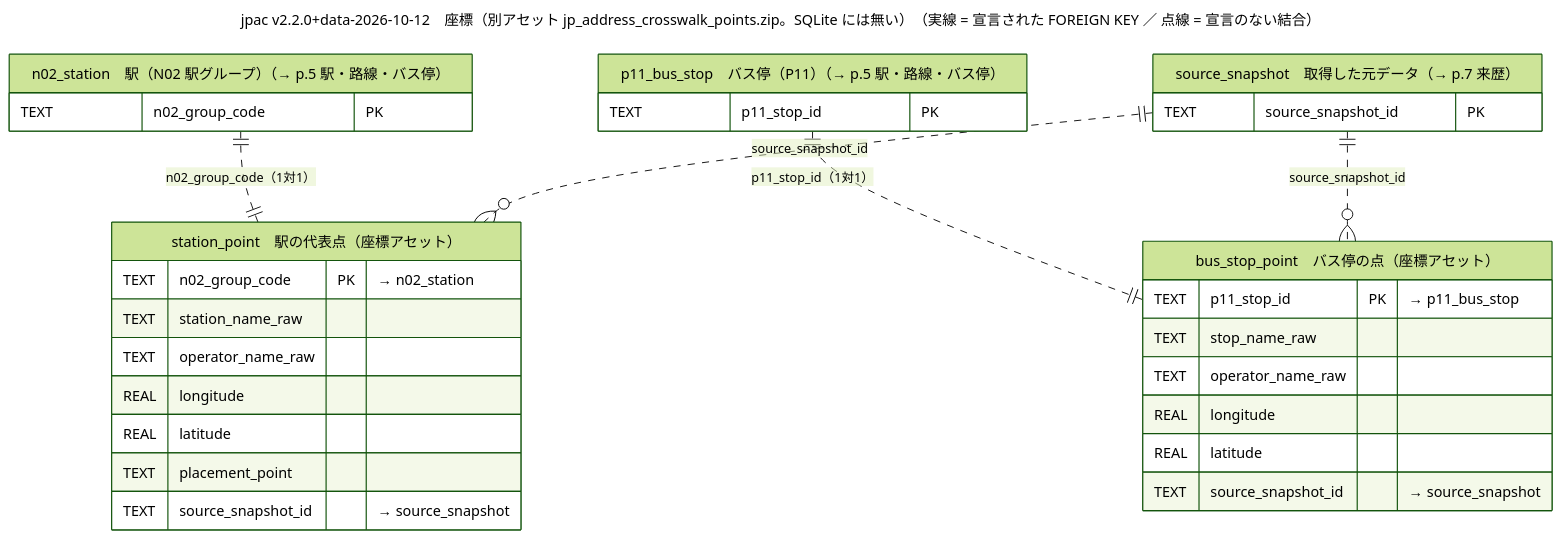
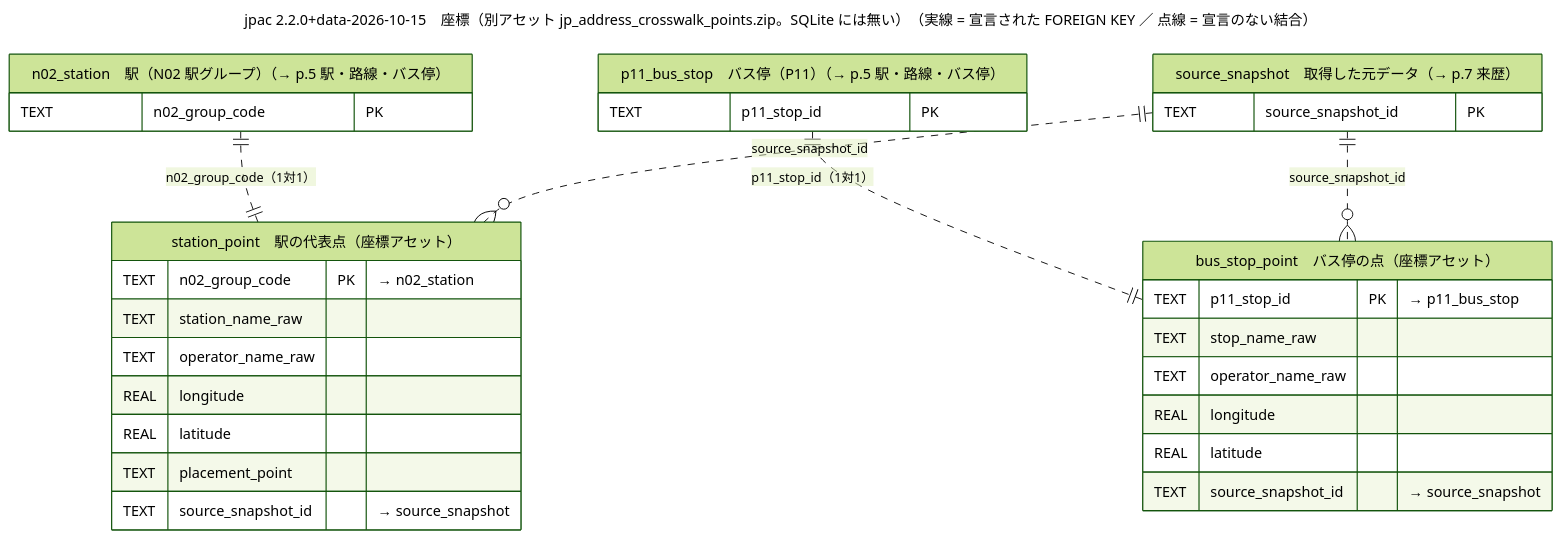
The diagram in docs/diagrams/er/07-points.mmd (Retro-Maid/jpac), drawn with Mermaid (forest theme) before and after one commit. The commit also changed 33 other files, not shown here.

```diff
--- a/docs/diagrams/er/07-points.mmd
+++ b/docs/diagrams/er/07-points.mmd
@@ -1,34 +1,34 @@
 ---
-title: jpac v2.2.0+data-2026-10-12　座標（別アセット jp_address_crosswalk_points.zip。SQLite には無い）　（実線 = 宣言された FOREIGN KEY ／ 点線 = 宣言のない結合）
+title: jpac 2.2.0+data-2026-10-15　座標（別アセット jp_address_crosswalk_points.zip。SQLite には無い）　（実線 = 宣言された FOREIGN KEY ／ 点線 = 宣言のない結合）
 ---
 erDiagram
   n02_station ||..|| station_point : "n02_group_code（1対1）"
   p11_bus_stop ||..|| bus_stop_point : "p11_stop_id（1対1）"
   source_snapshot ||..o{ station_point : "source_snapshot_id"
   source_snapshot ||..o{ bus_stop_point : "source_snapshot_id"
   station_point["station_point　駅の代表点（座標アセット）"] {
     TEXT n02_group_code PK "→ n02_station"
     TEXT station_name_raw
     TEXT operator_name_raw
     REAL longitude
     REAL latitude
     TEXT placement_point
     TEXT source_snapshot_id  "→ source_snapshot"
   }
   bus_stop_point["bus_stop_point　バス停の点（座標アセット）"] {
     TEXT p11_stop_id PK "→ p11_bus_stop"
     TEXT stop_name_raw
     TEXT operator_name_raw
     REAL longitude
     REAL latitude
     TEXT source_snapshot_id  "→ source_snapshot"
   }
   n02_station["n02_station　駅（N02 駅グループ）（→ p.5 駅・路線・バス停）"] {
     TEXT n02_group_code PK
   }
   p11_bus_stop["p11_bus_stop　バス停（P11）（→ p.5 駅・路線・バス停）"] {
     TEXT p11_stop_id PK
   }
   source_snapshot["source_snapshot　取得した元データ（→ p.7 来歴）"] {
     TEXT source_snapshot_id PK
   }
```
